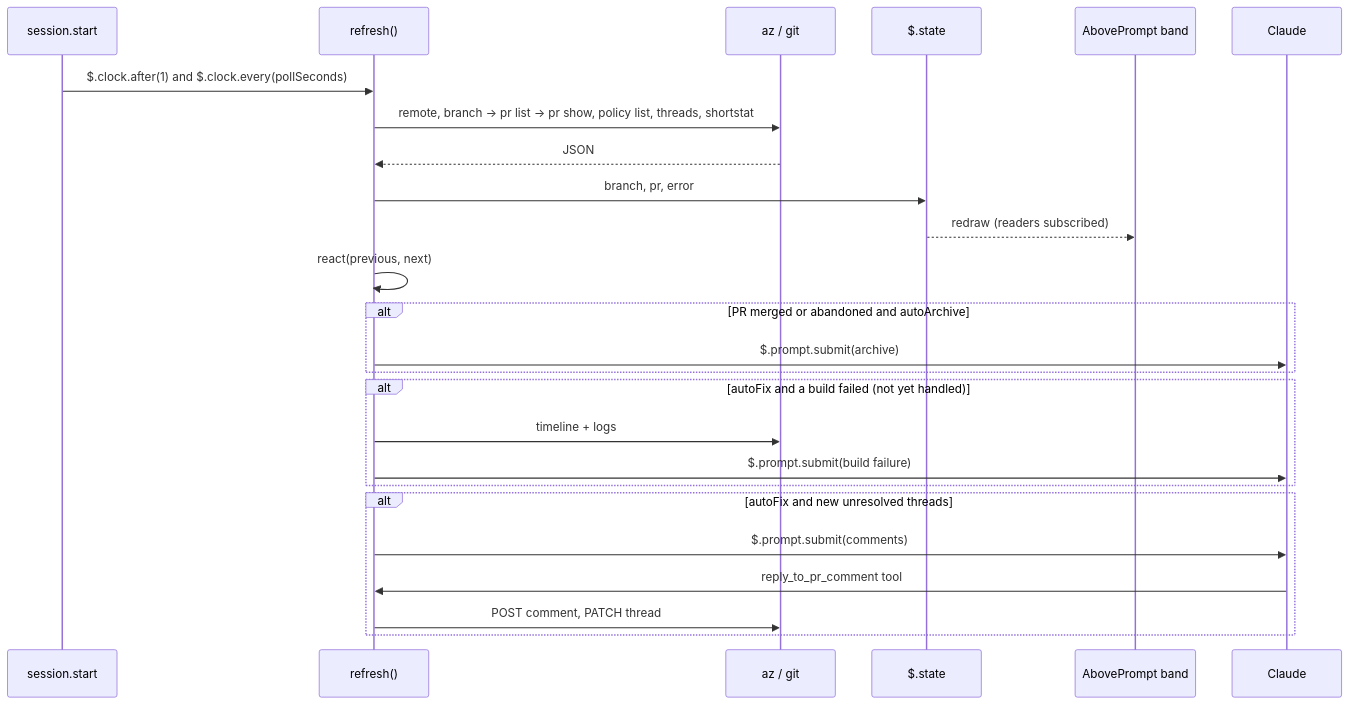
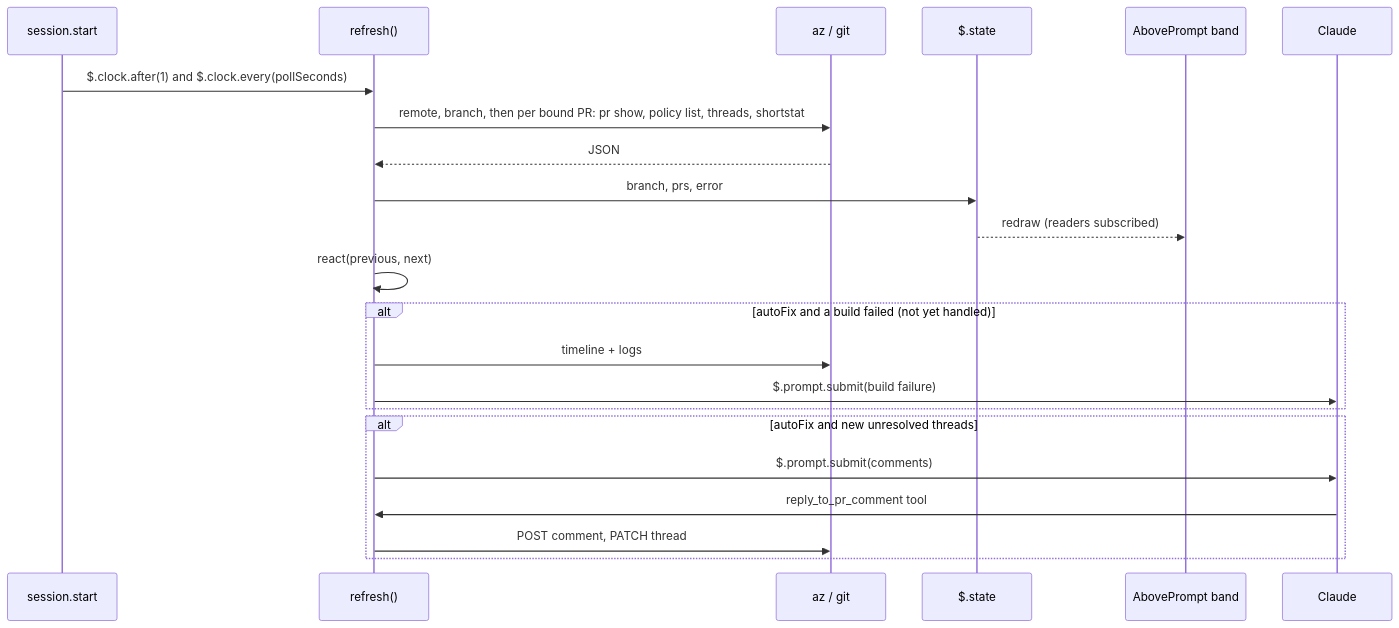
The diagram in docs/architecture.md (Pro-Sharp/ado-pr-claude-plugin), drawn with Mermaid before and after one commit. The commit also changed other lines of this file and 7 other files, not shown here.

````diff
--- a/docs/architecture.md
+++ b/docs/architecture.md
@@ -64,28 +64,25 @@
 ```mermaid
 sequenceDiagram
   participant S as session.start
   participant R as refresh()
   participant A as az / git
   participant St as $.state
   participant B as AbovePrompt band
   participant C as Claude
 
   S->>R: $.clock.after(1) and $.clock.every(pollSeconds)
-  R->>A: remote, branch → pr list → pr show, policy list, threads, shortstat
+  R->>A: remote, branch, then per bound PR: pr show, policy list, threads, shortstat
   A-->>R: JSON
-  R->>St: branch, pr, error
+  R->>St: branch, prs, error
   St-->>B: redraw (readers subscribed)
   R->>R: react(previous, next)
-  alt PR merged or abandoned and autoArchive
-    R->>C: $.prompt.submit(archive)
-  end
   alt autoFix and a build failed (not yet handled)
     R->>A: timeline + logs
     R->>C: $.prompt.submit(build failure)
   end
   alt autoFix and new unresolved threads
     R->>C: $.prompt.submit(comments)
     C->>R: reply_to_pr_comment tool
     R->>A: POST comment, PATCH thread
   end
 ```
````
